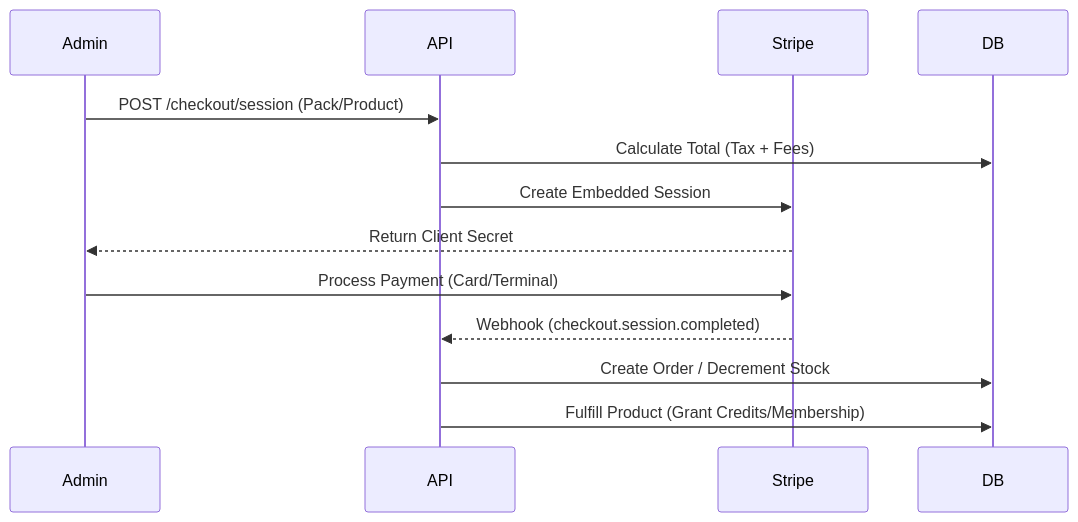
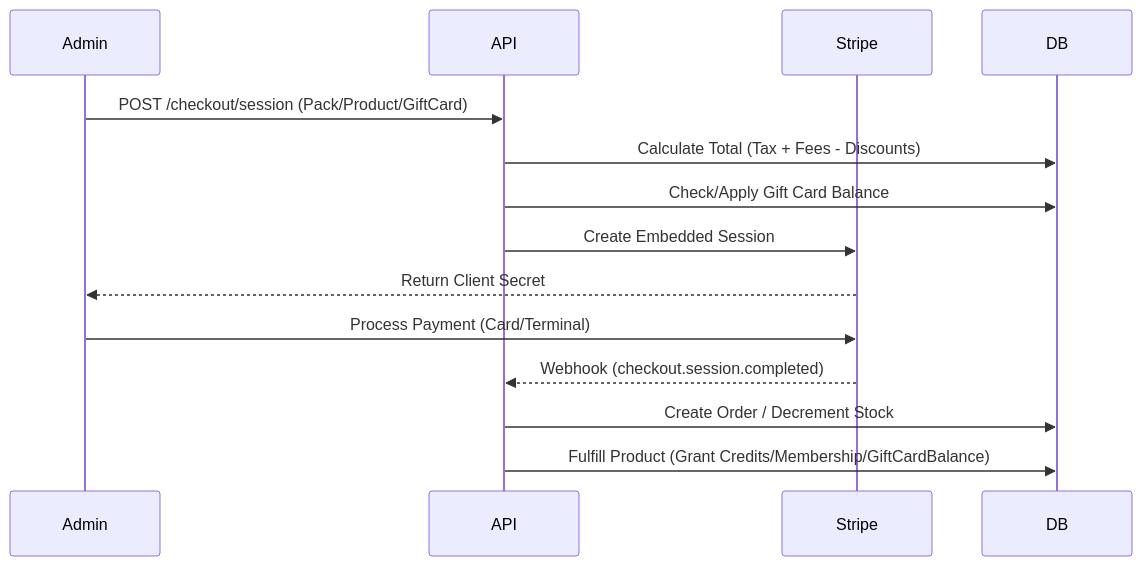
One commit to slichti/studio-platform-dev changed the fifth of 5 diagrams in SYSTEM_OVERVIEW.md. Above: the diagram before and after it, drawn with Mermaid. The commit also changed other lines of this file and 3 other files, not shown here.

Commit message:
docs: update system overview, architecture, schema, and workflows for completed phases

````diff
--- a/SYSTEM_OVERVIEW.md
+++ b/SYSTEM_OVERVIEW.md
@@ -136,16 +146,17 @@
 ```mermaid
 sequenceDiagram
     participant Admin
     participant API
     participant Stripe
     participant DB
 
-    Admin->>API: POST /checkout/session (Pack/Product)
-    API->>DB: Calculate Total (Tax + Fees)
+    Admin->>API: POST /checkout/session (Pack/Product/GiftCard)
+    API->>DB: Calculate Total (Tax + Fees - Discounts)
+    API->>DB: Check/Apply Gift Card Balance
     API->>Stripe: Create Embedded Session
     Stripe-->>Admin: Return Client Secret
     Admin->>Stripe: Process Payment (Card/Terminal)
     Stripe-->>API: Webhook (checkout.session.completed)
     API->>DB: Create Order / Decrement Stock
-    API->>DB: Fulfill Product (Grant Credits/Membership)
+    API->>DB: Fulfill Product (Grant Credits/Membership/GiftCardBalance)
 ```
````
